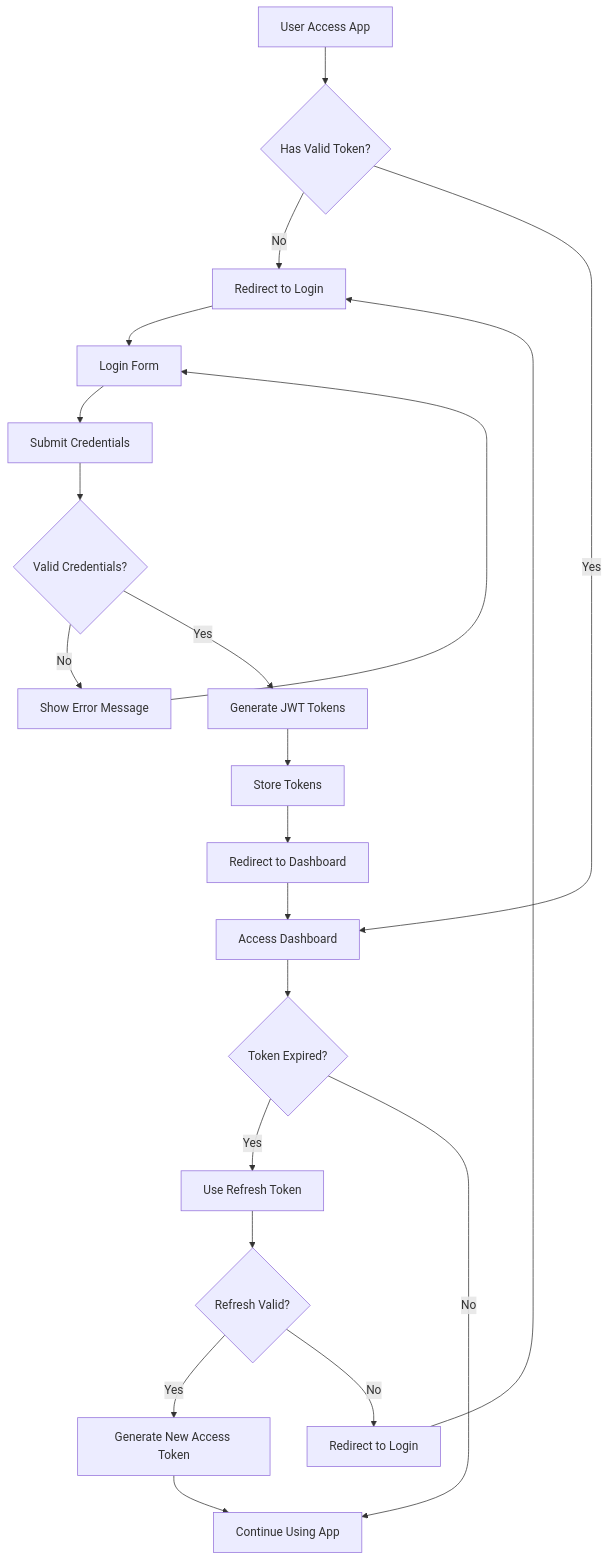
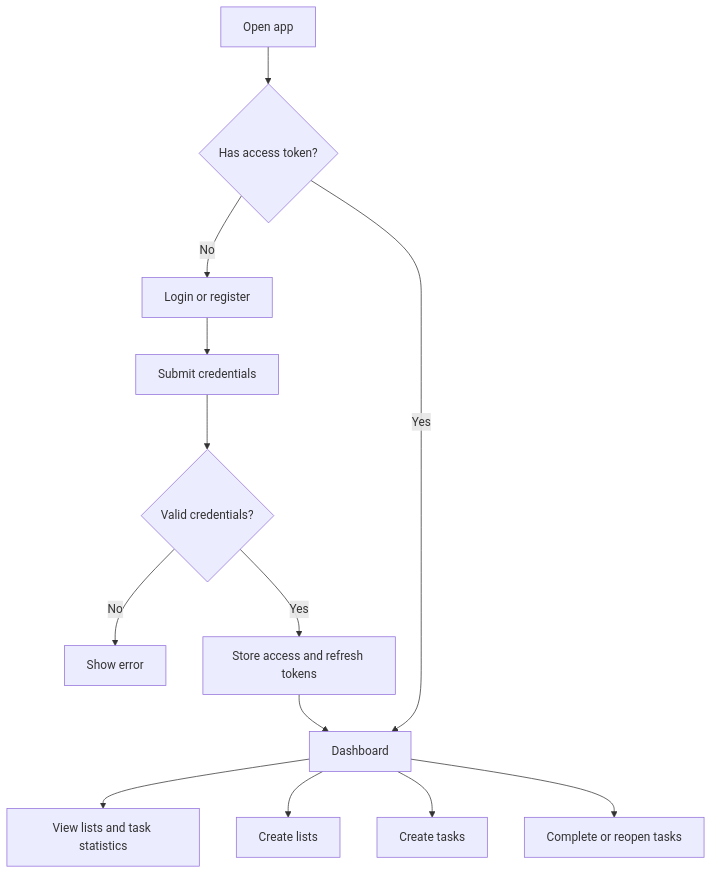
The diagram in to-do-fe/README.md (chris-tinaa/to-do-list), drawn with Mermaid before and after one commit. The commit also changed other lines of this file and 2 other files, not shown here.

````diff
--- a/to-do-fe/README.md
+++ b/to-do-fe/README.md
@@ -4,30 +72,15 @@
 ```mermaid
-
 graph TD
-    A[User Access App] --> B{Has Valid Token?}
-    B -->|No| C[Redirect to Login]
-    B -->|Yes| D[Access Dashboard]
-
-    C --> E[Login Form]
-    E --> F[Submit Credentials]
-    F --> G{Valid Credentials?}
-    G -->|No| H[Show Error Message]
-    G -->|Yes| I[Generate JWT Tokens]
-
-    I --> J[Store Tokens]
-    J --> K[Redirect to Dashboard]
-    K --> D
-
-    D --> L{Token Expired?}
-    L -->|Yes| M[Use Refresh Token]
-    L -->|No| N[Continue Using App]
-
-    M --> O{Refresh Valid?}
-    O -->|Yes| P[Generate New Access Token]
-    O -->|No| Q[Redirect to Login]
-
-    P --> N
-    H --> E
-    Q --> C
-    
+    A[Open app] --> B{Has access token?}
+    B -->|No| C[Login or register]
+    B -->|Yes| D[Dashboard]
+    C --> E[Submit credentials]
+    E --> F{Valid credentials?}
+    F -->|No| G[Show error]
+    F -->|Yes| H[Store access and refresh tokens]
+    H --> D
+    D --> I[View lists and task statistics]
+    D --> J[Create lists]
+    D --> K[Create tasks]
+    D --> L[Complete or reopen tasks]
 ```
````
